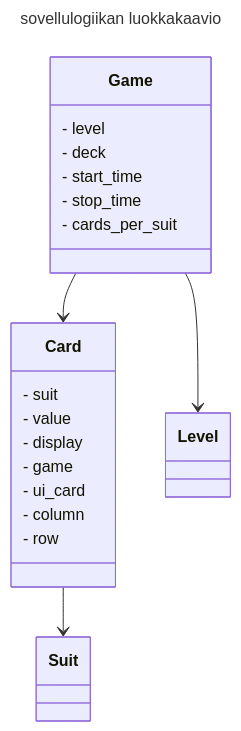
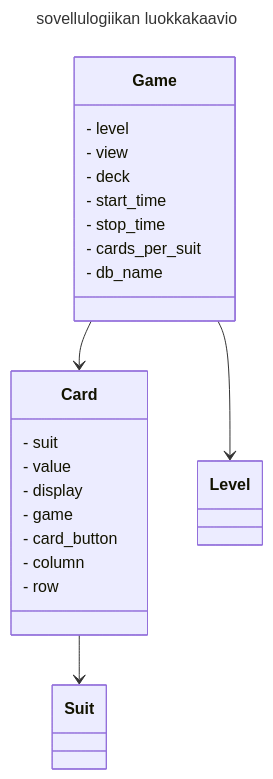
Before and after one commit to kxelina/ot-harjoitustyo: the first of 4 diagrams in dokumentaatio/arkkitehtuuri.md, drawn with Mermaid. The commit also changed other lines of this file and 17 other files, not shown here.

````diff
--- a/dokumentaatio/arkkitehtuuri.md
+++ b/dokumentaatio/arkkitehtuuri.md
@@ -20,27 +20,29 @@
 ```mermaid
 ---
 title: sovellulogiikan luokkakaavio
 ---
 classDiagram
 class Card{
     - suit
     - value
     - display
     - game
-    - ui_card
+    - card_button
     - column
     - row
 }
 class Suit
 class Level
 class Game{
     - level
+    - view
     - deck
     - start_time
     - stop_time
     - cards_per_suit
+    - db_name
 }
 Card --> Suit
 Game --> Card
 Game --> Level
 ```
````
